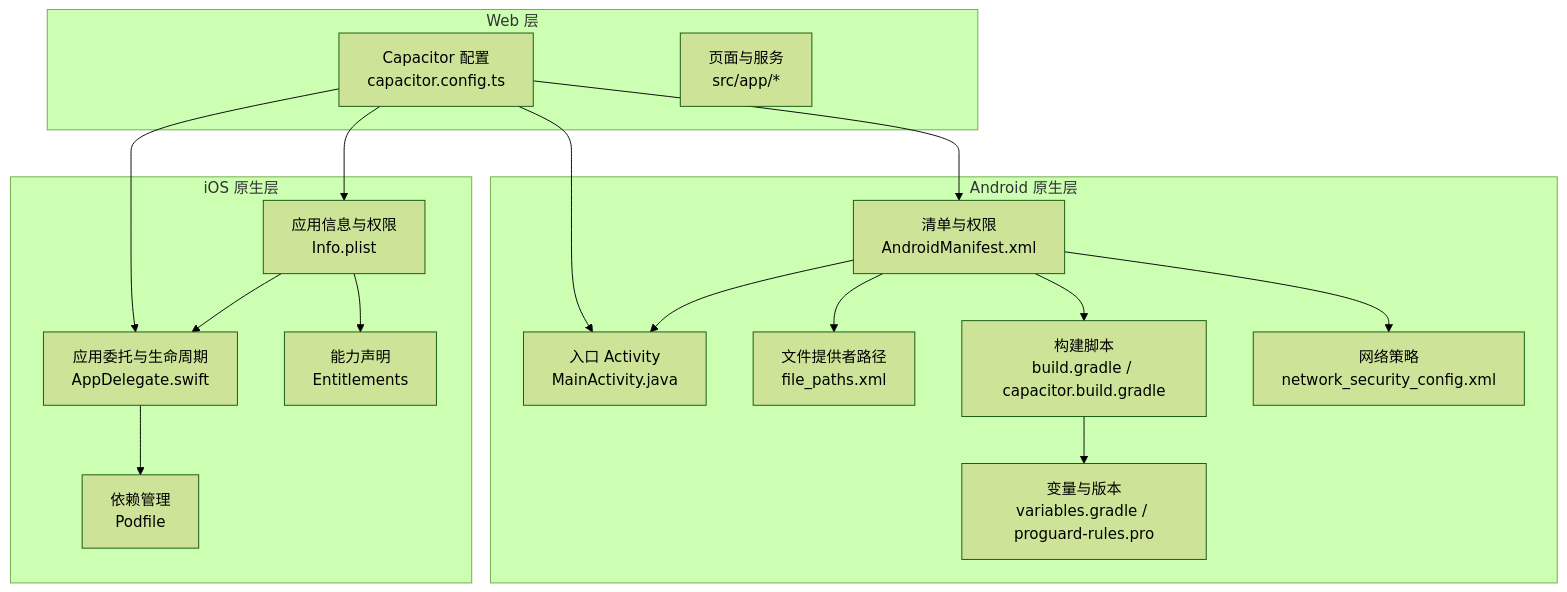
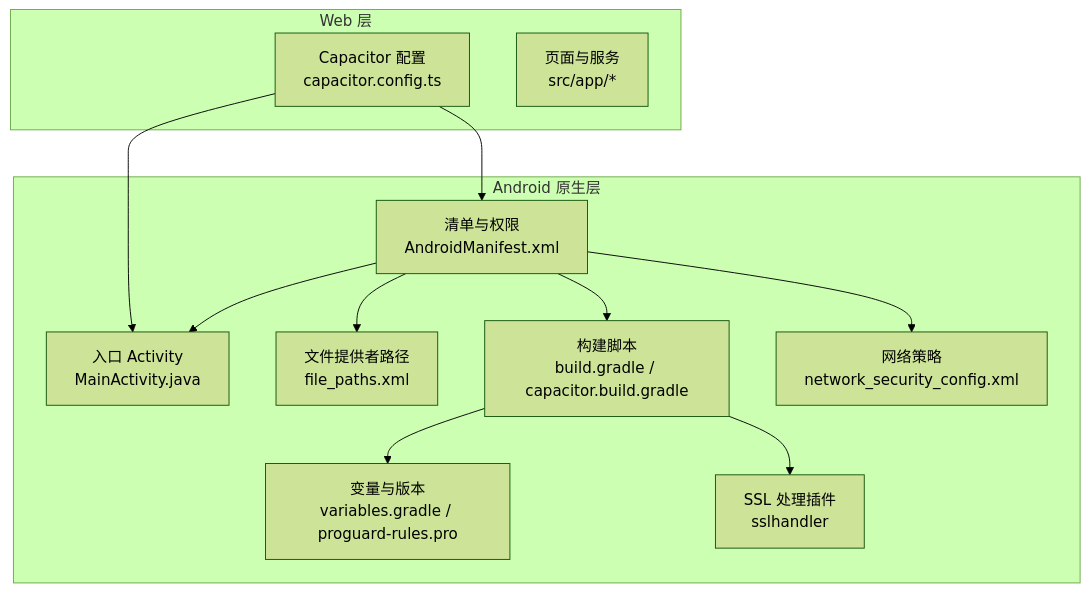
Before and after one commit to dingxyang/Macro-Deck-Client-App: the first of 5 diagrams in .qoder/repowiki/zh/content/原生平台集成/原生平台集成.md, drawn with Mermaid (forest theme). The commit also changed other lines of this file and 47 other files, not shown here.

````diff
--- a/.qoder/repowiki/zh/content/原生平台集成/原生平台集成.md
+++ b/.qoder/repowiki/zh/content/原生平台集成/原生平台集成.md
@@ -45,33 +58,24 @@
 ```mermaid
 graph TB
 subgraph "Web 层"
 W1["Capacitor 配置<br/>capacitor.config.ts"]
 W2["页面与服务<br/>src/app/*"]
 end
 subgraph "Android 原生层"
 A1["清单与权限<br/>AndroidManifest.xml"]
 A2["入口 Activity<br/>MainActivity.java"]
 A3["文件提供者路径<br/>file_paths.xml"]
 A4["构建脚本<br/>build.gradle / capacitor.build.gradle"]
 A5["变量与版本<br/>variables.gradle / proguard-rules.pro"]
 A6["网络策略<br/>network_security_config.xml"]
-end
-subgraph "iOS 原生层"
-I1["应用信息与权限<br/>Info.plist"]
-I2["应用委托与生命周期<br/>AppDelegate.swift"]
-I3["能力声明<br/>Entitlements"]
-I4["依赖管理<br/>Podfile"]
+A7["SSL 处理插件<br/>sslhandler"]
 end
 W1 --> A1
 W1 --> A2
-W1 --> I1
-W1 --> I2
 A1 --> A2
 A1 --> A3
 A1 --> A4
 A4 --> A5
 A1 --> A6
-I1 --> I2
-I1 --> I3
-I2 --> I4
+A4 --> A7
 ```
````
